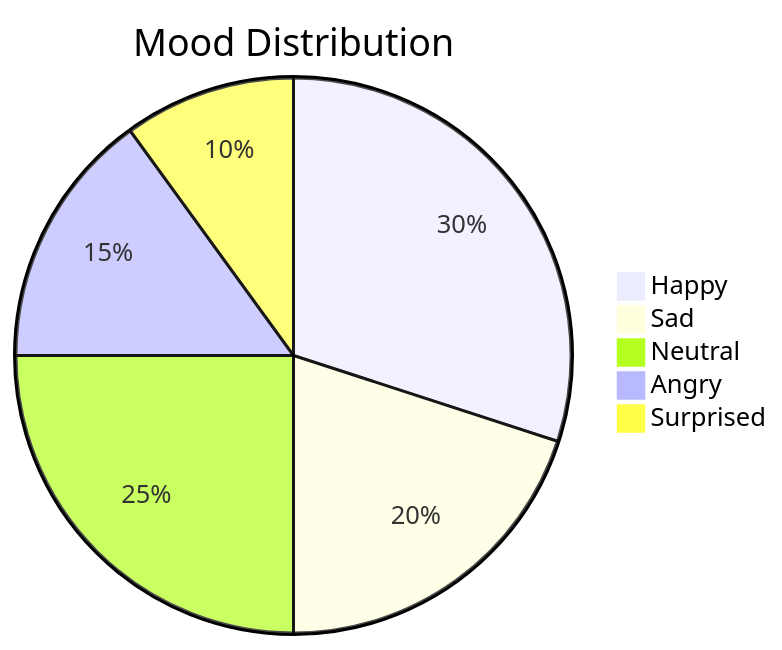
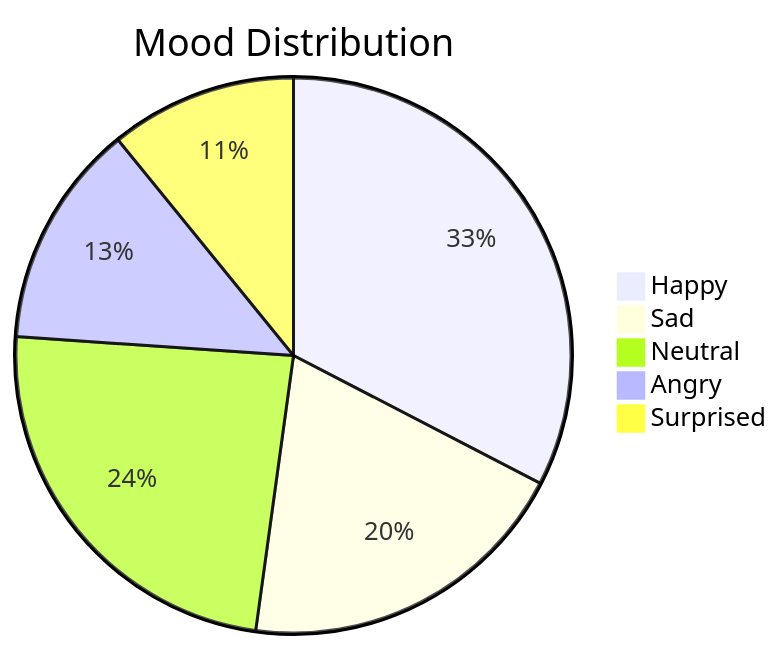
Before and after one commit to masked-byte18/Moody-Player: the first of 4 diagrams in README.md, drawn with Mermaid. The commit also changed other lines of this file, not shown here.

````diff
--- a/README.md
+++ b/README.md
@@ -62,9 +42,9 @@
 ```mermaid
 pie
     title Mood Distribution
     "Happy" : 30
-    "Sad" : 20
-    "Neutral" : 25
-    "Angry" : 15
+    "Sad" : 18
+    "Neutral" : 22
+    "Angry" : 12
     "Surprised" : 10
 ```
````
